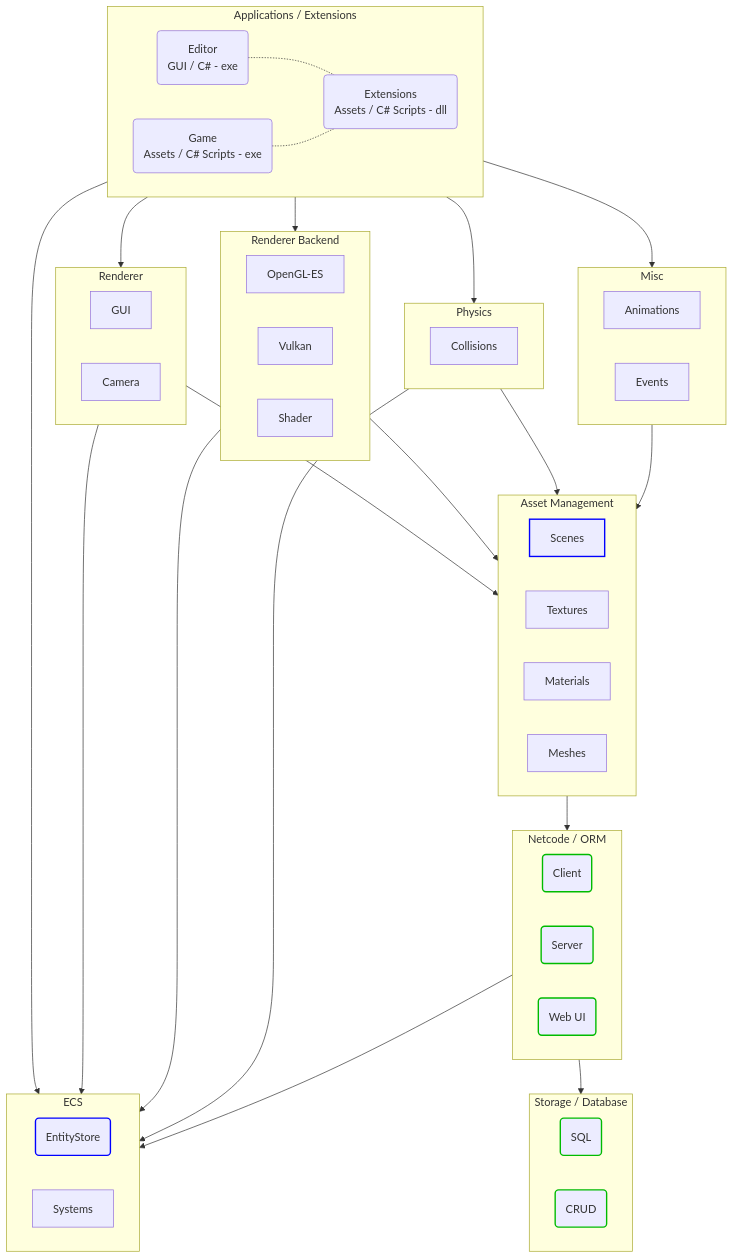
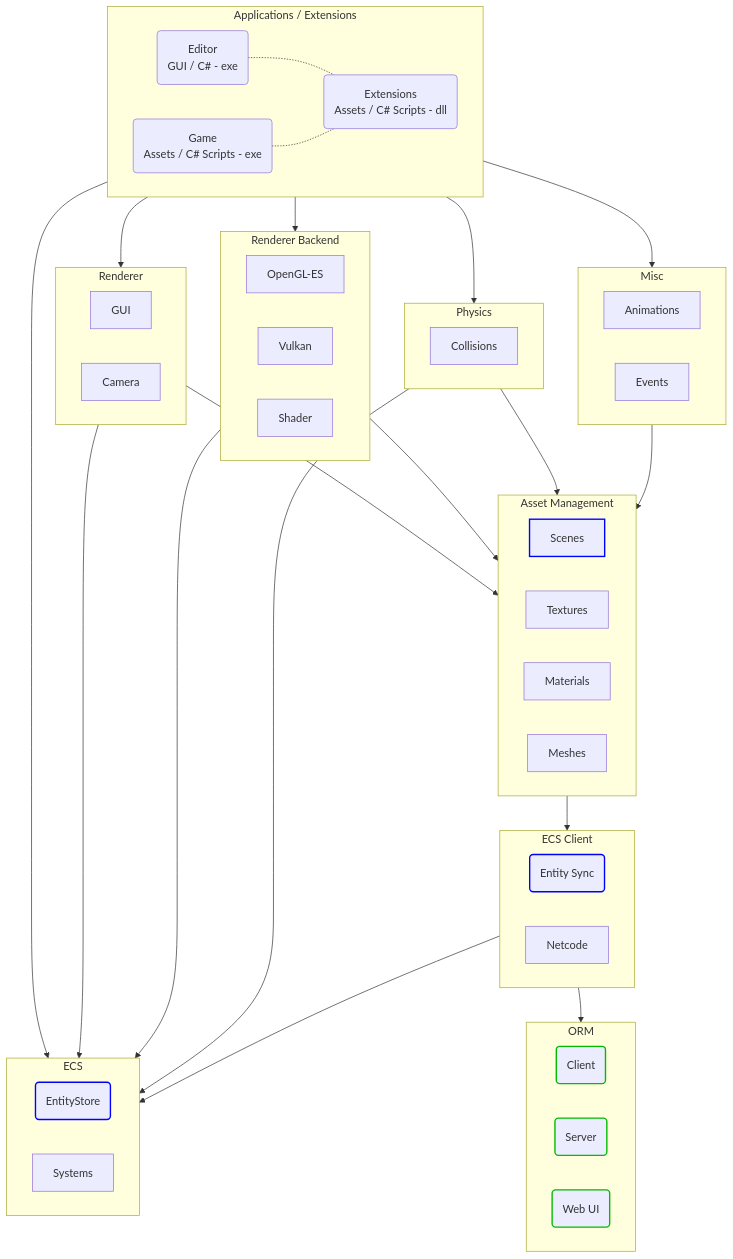
Before and after one commit to friflo/Friflo.Json.Fliox: the first of 3 diagrams in Engine/README.md, drawn with Mermaid. The commit also changed other lines of this file, not shown here.

Commit message:
Engine - update architecture diagram

````diff
--- a/Engine/README.md
+++ b/Engine/README.md
@@ -26,78 +26,78 @@
 ```mermaid
   graph TD;
     classDef finished       stroke:#0b0,stroke-width:2px;
     classDef implemented    stroke:#00f,stroke-width:2px;
 
     subgraph Applications[Applications / Extensions];
         Editor(Editor<br/>GUI / C# - exe);
         Game(Game<br/>Assets / C# Scripts - exe);
         Extensions(Extensions<br/>Assets / C# Scripts - dll);
     end
 
     Editor  -.-Extensions;
     Game    -.-Extensions;
 
     subgraph Renderer;
         GUI
         Camera
     end
 
     subgraph Backend[Renderer Backend];
         OpenGL-ES
         Vulkan
         Shader
     end
 
     subgraph Physics;
         Collisions
     end
     
     subgraph Misc;
         Animations
         Events
     end
 
     subgraph Assets[Asset Management];
         Scenes:::implemented
         Textures
         Materials
         Meshes
         Animations
     end
 
-    subgraph Netcode[Netcode / ORM];
+    subgraph ECS-Client[ECS Client];
+        Sync(Entity Sync):::implemented;
+        Netcode;
+    end
+
+    subgraph ORM[ORM];
         Client(Client):::finished
         Server(Server):::finished
         WebUI(Web UI):::finished
-    end
-
-    subgraph Storage[Storage / Database];
-        SQL(SQL):::finished
-        CRUD(CRUD):::finished
     end
 
     subgraph ECS;
         EntityStore(EntityStore):::implemented
         Systems
     end
 
     Applications    -->Renderer
     Applications    -->Backend
     Applications    -->Physics
     Applications    -->Misc
     Applications    -->ECS
 
-    Assets      -->Netcode
+    Renderer    -->ECS
+    Backend     -->ECS
+    Physics     -->ECS
 
     Renderer    -->Assets
     Backend     -->Assets
     Physics     -->Assets
     Misc        -->Assets
 
-    Renderer    -->ECS
-    Backend     -->ECS
-    Physics     -->ECS
-    Netcode     -->ECS
+    Assets      -->ECS-Client
 
-    Netcode     -->Storage
+    ECS-Client  -->ECS
+    ECS-Client  -->ORM
 ```
````
